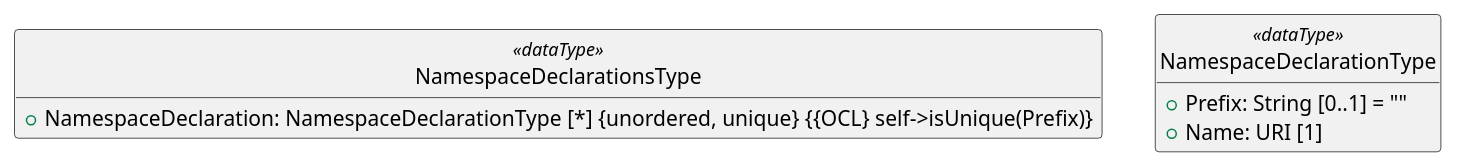
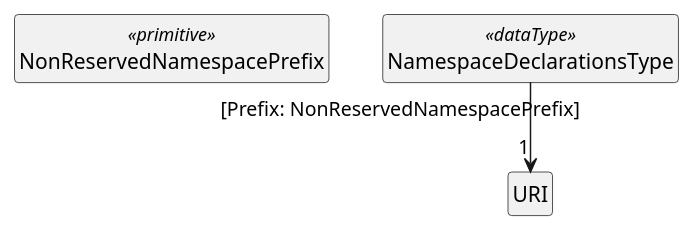
One commit to oasis-tcs/xacml-spec changed the first of 6 diagrams in acal-xpath-v1.0.md. Above: the diagram before and after it, drawn with PlantUML. The commit also changed other lines of this file and 5 other files, not shown here.

````diff
--- a/acal-xpath-v1.0.md
+++ b/acal-xpath-v1.0.md
@@ -428,13 +428,9 @@
 ```plantuml
 @startuml
 hide empty members 
 hide circle
-class NamespaceDeclarationsType <<dataType>> {
-  {field} + NamespaceDeclaration: NamespaceDeclarationType [*] {unordered, unique} {{OCL} self->isUnique(Prefix)}
-}
-class NamespaceDeclarationType <<dataType>> {
-  + Prefix: String [0..1] = ""
-  + Name: URI [1] 
-}
+class NonReservedNamespacePrefix <<primitive>>
+class NamespaceDeclarationsType <<dataType>>
+NamespaceDeclarationsType "[Prefix: NonReservedNamespacePrefix]" --> "1" URI
 @enduml
 ```
````
